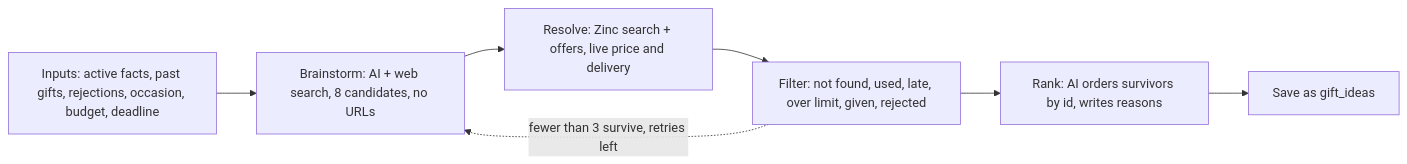
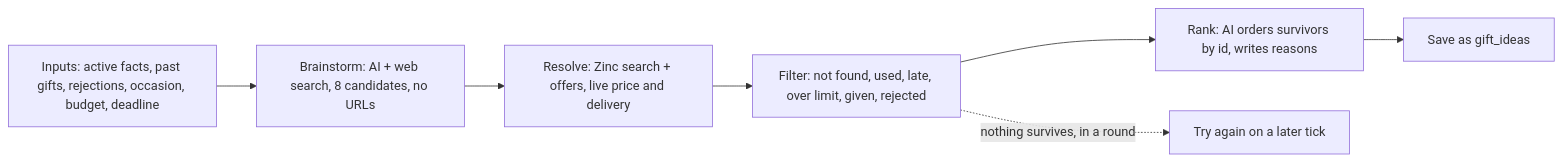
The diagram in design/plans/ALL-27-idea-engine.md (gifts-af/gift-me), drawn with Mermaid before and after one commit. The commit also changed other lines of this file and 2 other files, not shown here.

Commit message:
docs: ALL-27 spec revised after adversarial review; T68 fits idea runs in the tick

````diff
--- a/design/plans/ALL-27-idea-engine.md
+++ b/design/plans/ALL-27-idea-engine.md
@@ -25,9 +25,9 @@
 ```mermaid
 flowchart LR
   I[Inputs: active facts, past gifts, rejections, occasion, budget, deadline] --> B[Brainstorm: AI + web search, 8 candidates, no URLs]
   B --> R[Resolve: Zinc search + offers, live price and delivery]
   R --> F[Filter: not found, used, late, over limit, given, rejected]
   F --> K[Rank: AI orders survivors by id, writes reasons]
   K --> S[Save as gift_ideas]
-  F -. fewer than 3 survive, retries left .-> B
+  F -. nothing survives, in a round .-> N[Try again on a later tick]
 ```
````
